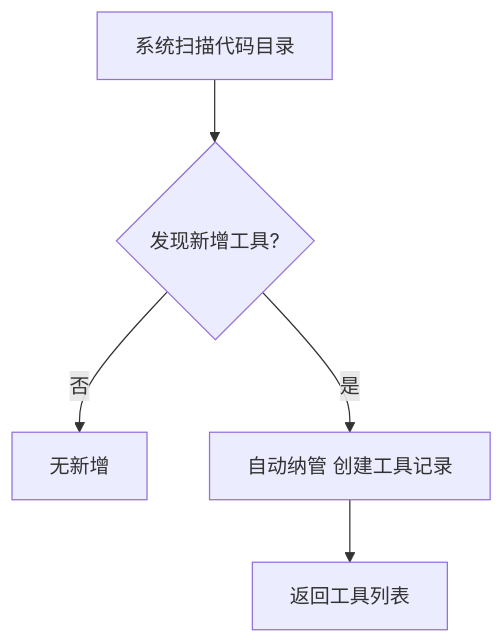
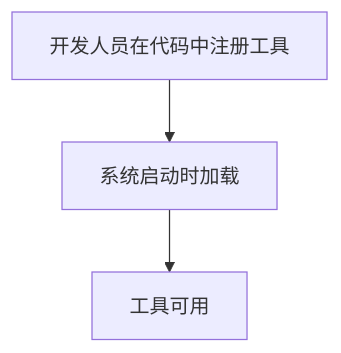
Before and after one commit to fri555/PORTL: the eighth of 26 diagrams in docs/需求文档/20260709-【PRD】AI工作台-首页智能体-天马智擎.md, drawn with Mermaid. The commit also changed other lines of this file, not shown here.

````diff
--- a/docs/需求文档/20260709-【PRD】AI工作台-首页智能体-天马智擎.md
+++ b/docs/需求文档/20260709-【PRD】AI工作台-首页智能体-天马智擎.md
@@ -649,7 +624,5 @@
 ```mermaid
 flowchart TD
-    A["系统扫描代码目录"] --> B{"发现新增工具?"}
-    B -->|"否"| C["无新增"]
-    B -->|"是"| D["自动纳管 创建工具记录"]
-    D --> E["返回工具列表"]
+    A["开发人员在代码中注册工具"] --> B["系统启动时加载"]
+    B --> C["工具可用"]
 ```
````
